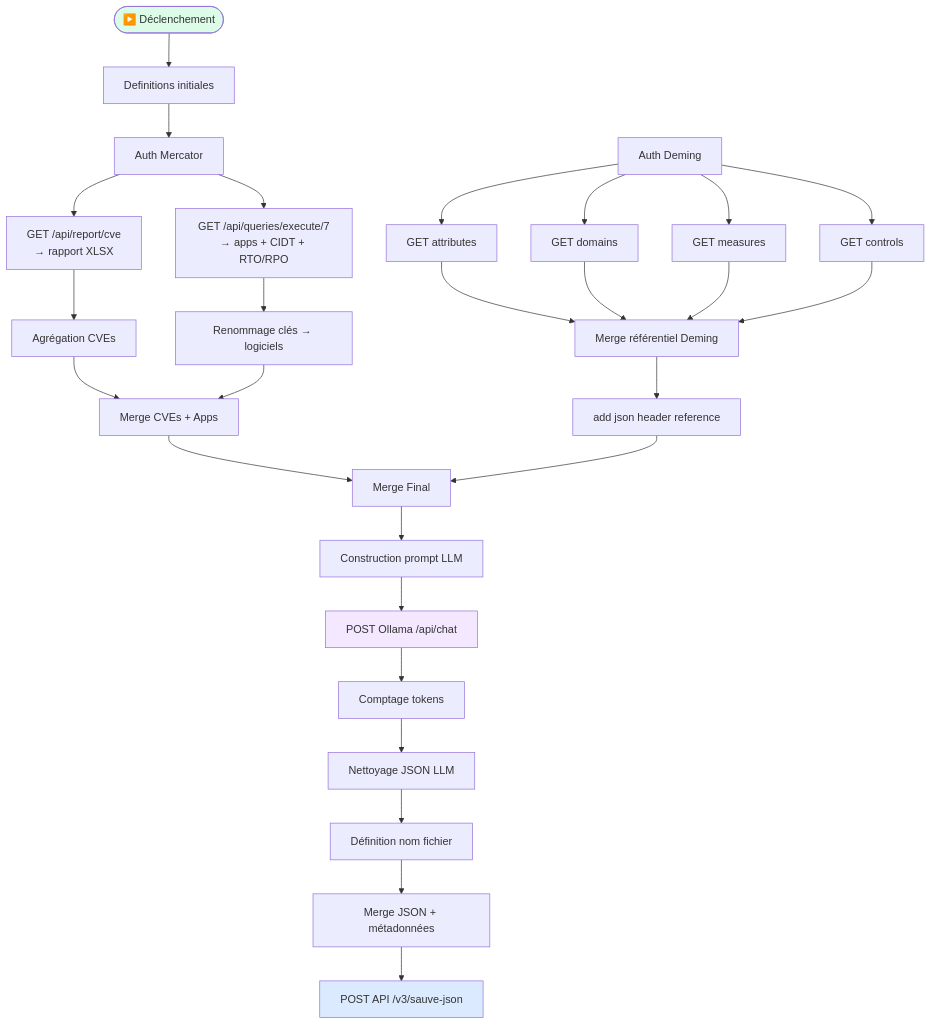
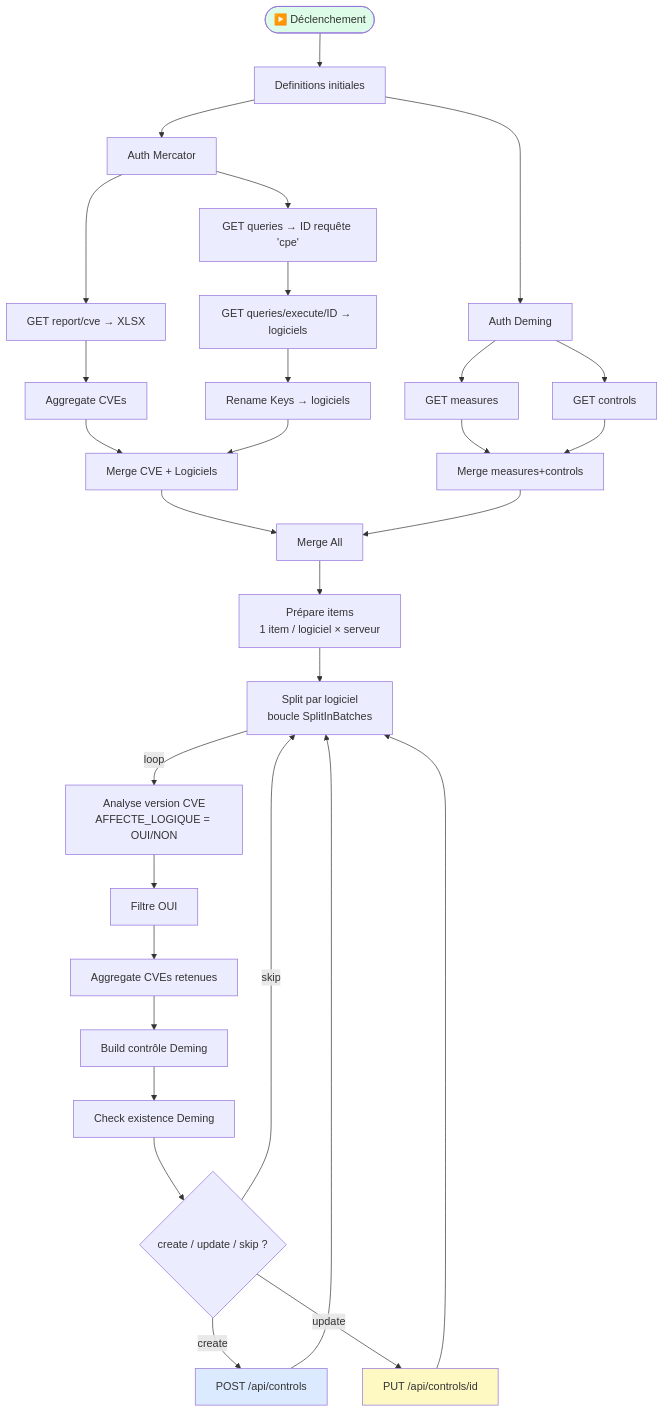
One commit to oliboub/n8n-flow-mercator-to-deming-for-cve changed the third of 4 diagrams in README.md. Above: the diagram before and after it, drawn with Mermaid. The commit also changed other lines of this file and 2 other files, not shown here.

Commit message:
changement de stratégie sans llm et conneciton directe deming

````diff
--- a/README.md
+++ b/README.md
@@ -108,32 +110,43 @@
 ```mermaid
 flowchart TD
     T([▶️ Déclenchement]) --> C[Definitions initiales]
     C --> MA[Auth Mercator]
-    MA --> CV[GET /api/report/cve\n→ rapport XLSX]
-    MA --> AP[GET /api/queries/execute/7\n→ apps + CIDT + RTO/RPO]
-    CV --> AGG[Agrégation CVEs]
-    AP --> REN[Renommage clés → logiciels]
-    AGG --> MRG1[Merge CVEs + Apps]
+    C --> DA[Auth Deming]
+
+    MA --> CV[GET report/cve → XLSX]
+    MA --> QR[GET queries → ID requête 'cpe']
+    QR --> Q7[GET queries/execute/ID → logiciels]
+
+    CV --> AGG[Aggregate CVEs]
+    Q7 --> REN[Rename Keys → logiciels]
+
+    AGG --> MRG1[Merge CVE + Logiciels]
     REN --> MRG1
 
-    DA[Auth Deming] --> ATT[GET attributes]
-    DA --> DOM[GET domains]
     DA --> MEA[GET measures]
     DA --> CTR[GET controls]
-    ATT & DOM & MEA & CTR --> MRG2[Merge référentiel Deming]
-    MRG2 --> REF[add json header reference]
-    MRG1 --> MRG3[Merge Final]
-    REF --> MRG3
+    MEA --> MRG2[Merge measures+controls]
+    CTR --> MRG2
 
-    MRG3 --> PRM[Construction prompt LLM]
-    PRM --> OLL[POST Ollama /api/chat]
-    OLL --> TOK[Comptage tokens]
-    TOK --> NET[Nettoyage JSON LLM]
-    NET --> NOM[Définition nom fichier]
-    NOM --> MRG4[Merge JSON + métadonnées]
-    MRG4 --> SAV[POST API /v3/sauve-json]
+    MRG1 --> MRG3[Merge All]
+    MRG2 --> MRG3
+
+    MRG3 --> PREP[Prépare items\n1 item / logiciel × serveur]
+    PREP --> SPLIT[Split par logiciel\nboucle SplitInBatches]
+
+    SPLIT -->|loop| CVE[Analyse version CVE\nAFFECTE_LOGIQUE = OUI/NON]
+    CVE --> IF1[Filtre OUI]
+    IF1 --> AGG2[Aggregate CVEs retenues]
+    AGG2 --> BUILD[Build contrôle Deming]
+    BUILD --> CHECK[Check existence Deming]
+    CHECK --> IF2{create / update / skip ?}
+    IF2 -->|create| POST[POST /api/controls]
+    IF2 -->|update| PUT[PUT /api/controls/id]
+    IF2 -->|skip| SPLIT
+    POST --> SPLIT
+    PUT --> SPLIT
 
     style T fill:#dcfce7
-    style SAV fill:#dbeafe
-    style OLL fill:#f3e8ff
+    style POST fill:#dbeafe
+    style PUT fill:#fef9c3
 ```
````
